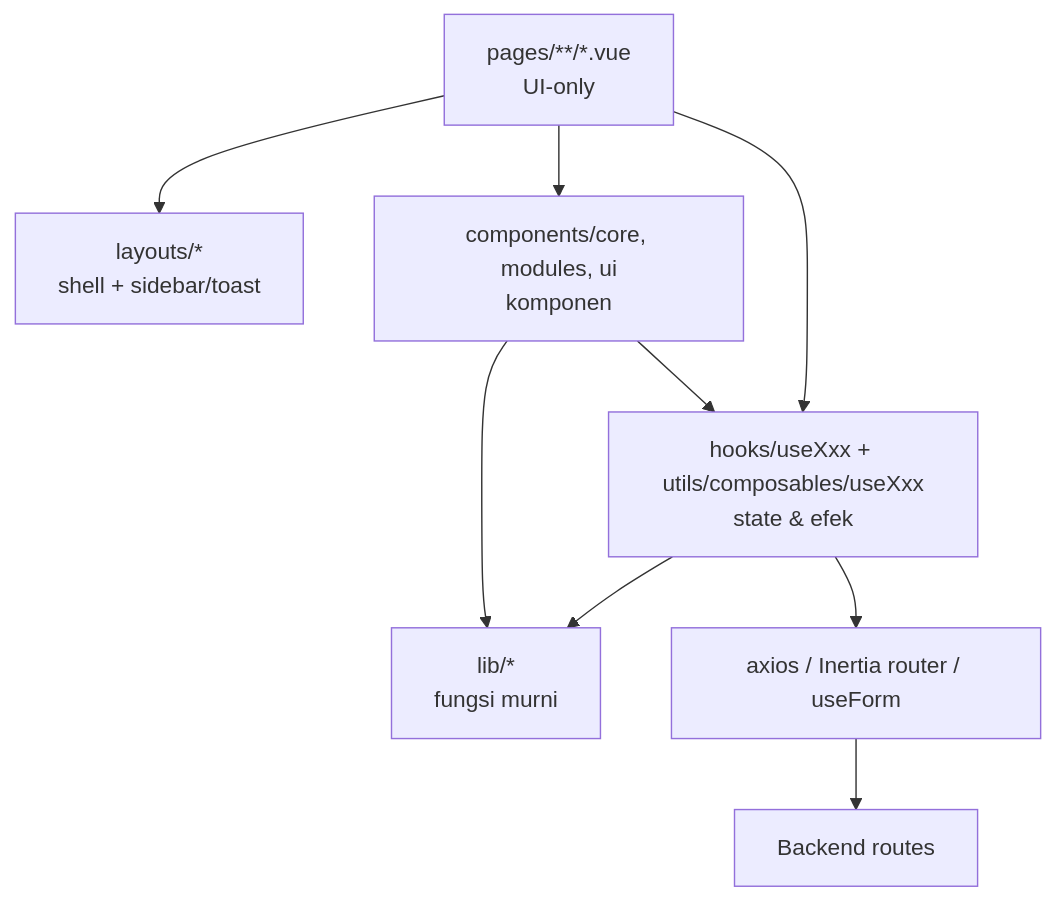
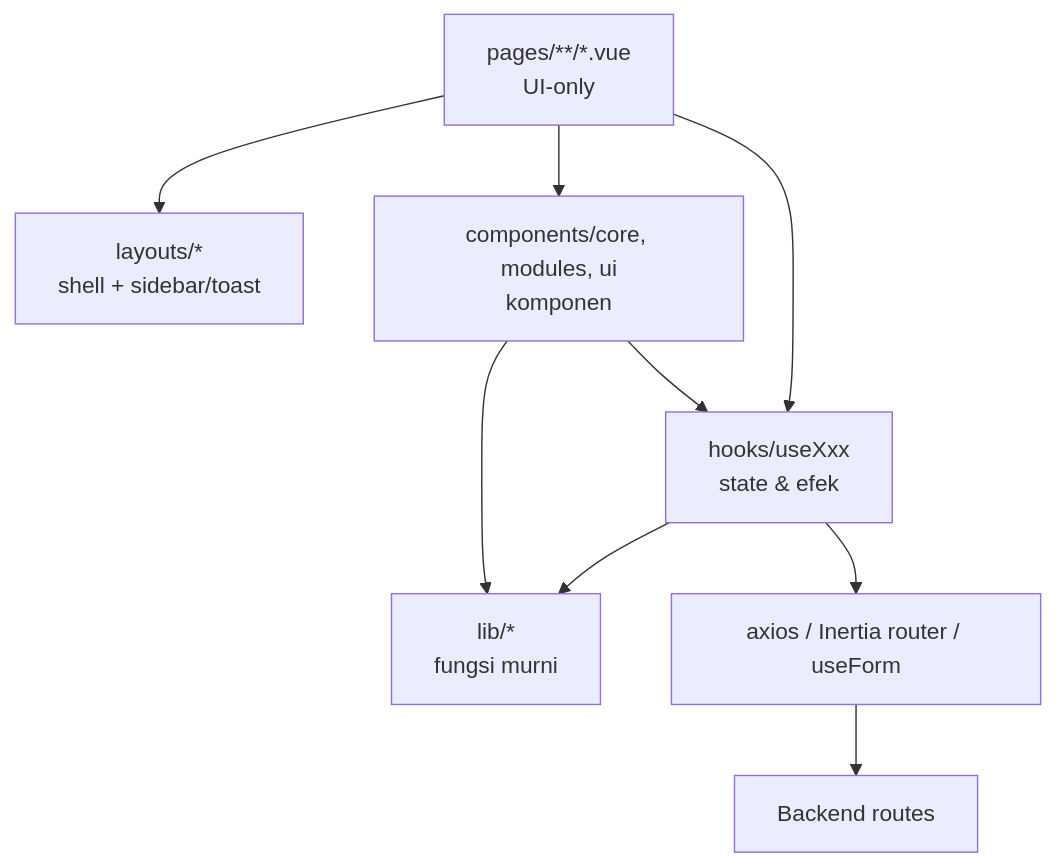
Before and after one commit to Dinus-Open-Source-Community/d-form-v2: the ninth of 9 diagrams in CONTEXT.md, drawn with Mermaid. The commit also changed other lines of this file and 71 other files, not shown here.

First line of the commit message:
refactor: migrate legacy composables into hooks

````diff
--- a/CONTEXT.md
+++ b/CONTEXT.md
@@ -525,11 +525,11 @@
 ```mermaid
 flowchart TD
     P["pages/**/*.vue<br/>UI-only"] --> L["layouts/*<br/>shell + sidebar/toast"]
-    P --> H["hooks/useXxx + utils/composables/useXxx<br/>state & efek"]
+    P --> H["hooks/useXxx<br/>state & efek"]
     P --> C["components/core, modules, ui<br/>komponen"]
     H --> X["lib/*<br/>fungsi murni"]
     H --> A["axios / Inertia router / useForm"]
     C --> H
     C --> X
     A --> B["Backend routes"]
 ```
````
